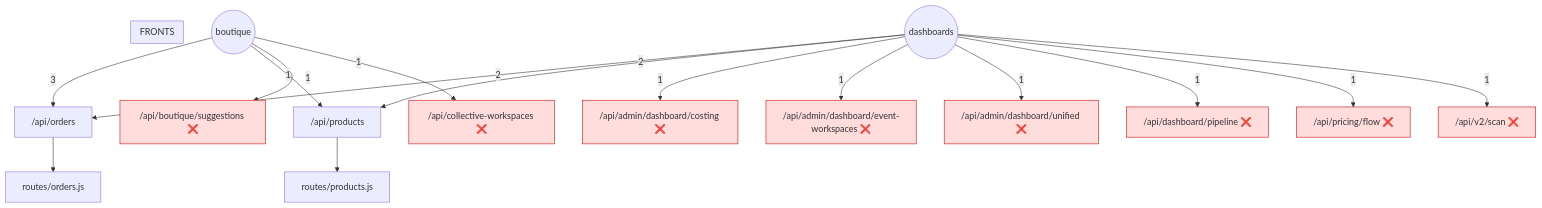
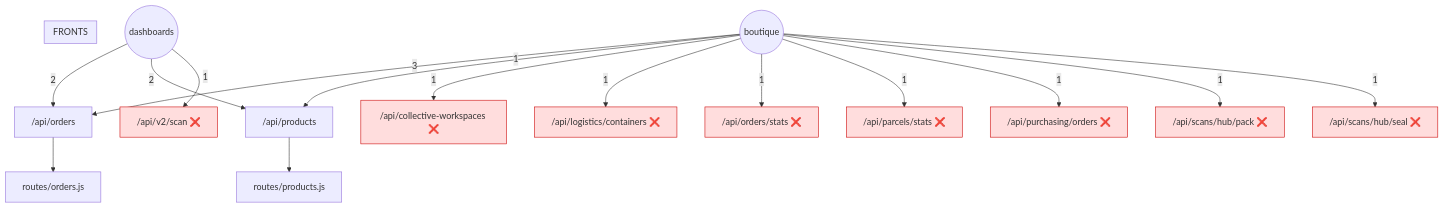
The diagram in docs/META_GRAPH.md (SamyrFateh/komerce-backend), drawn with Mermaid before and after one commit. The commit also changed other lines of this file and 11 other files, not shown here.

Commit message:
Carto vivante coutures entre les 3 graphes suite

````diff
--- a/docs/META_GRAPH.md
+++ b/docs/META_GRAPH.md
@@ -56,29 +60,29 @@
 ```mermaid
 graph TD
   subgraph FRONTS
     direction LR
   end
   ep__api_orders["/api/orders"] --> rt_routes_orders_js["routes/orders.js"]
   BTQ((boutique)) -->|3| ep__api_orders
   DASH((dashboards)) -->|2| ep__api_orders
   ep__api_products["/api/products"] --> rt_routes_products_js["routes/products.js"]
   BTQ((boutique)) -->|1| ep__api_products
   DASH((dashboards)) -->|2| ep__api_products
-  ep__api_admin_dashboard_costing["/api/admin/dashboard/costing ❌"]:::phantom
-  DASH((dashboards)) -->|1| ep__api_admin_dashboard_costing
-  ep__api_admin_dashboard_event_workspaces["/api/admin/dashboard/event-workspaces ❌"]:::phantom
-  DASH((dashboards)) -->|1| ep__api_admin_dashboard_event_workspaces
-  ep__api_admin_dashboard_unified["/api/admin/dashboard/unified ❌"]:::phantom
-  DASH((dashboards)) -->|1| ep__api_admin_dashboard_unified
-  ep__api_boutique_suggestions["/api/boutique/suggestions ❌"]:::phantom
-  BTQ((boutique)) -->|1| ep__api_boutique_suggestions
   ep__api_collective_workspaces["/api/collective-workspaces ❌"]:::phantom
   BTQ((boutique)) -->|1| ep__api_collective_workspaces
-  ep__api_dashboard_pipeline["/api/dashboard/pipeline ❌"]:::phantom
-  DASH((dashboards)) -->|1| ep__api_dashboard_pipeline
-  ep__api_pricing_flow["/api/pricing/flow ❌"]:::phantom
-  DASH((dashboards)) -->|1| ep__api_pricing_flow
+  ep__api_logistics_containers["/api/logistics/containers ❌"]:::phantom
+  BTQ((boutique)) -->|1| ep__api_logistics_containers
+  ep__api_orders_stats["/api/orders/stats ❌"]:::phantom
+  BTQ((boutique)) -->|1| ep__api_orders_stats
+  ep__api_parcels_stats["/api/parcels/stats ❌"]:::phantom
+  BTQ((boutique)) -->|1| ep__api_parcels_stats
+  ep__api_purchasing_orders["/api/purchasing/orders ❌"]:::phantom
+  BTQ((boutique)) -->|1| ep__api_purchasing_orders
+  ep__api_scans_hub_pack["/api/scans/hub/pack ❌"]:::phantom
+  BTQ((boutique)) -->|1| ep__api_scans_hub_pack
+  ep__api_scans_hub_seal["/api/scans/hub/seal ❌"]:::phantom
+  BTQ((boutique)) -->|1| ep__api_scans_hub_seal
   ep__api_v2_scan["/api/v2/scan ❌"]:::phantom
   DASH((dashboards)) -->|1| ep__api_v2_scan
   classDef phantom fill:#fdd,stroke:#c00;
 ```
````
